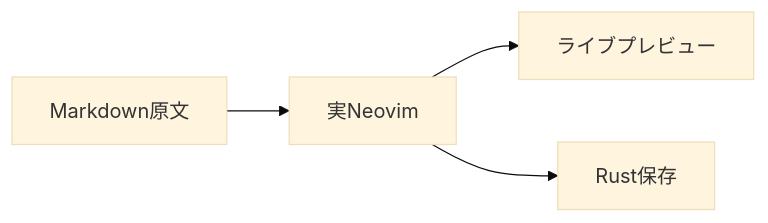
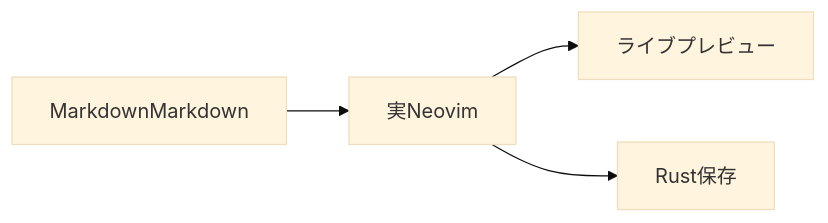
Before and after one commit to staka-devs/marxen: the diagram in tests/fixtures/github-markdown.md, drawn with Mermaid (base theme). The commit also changed other lines of this file and 73 other files, not shown here.

````diff
--- a/tests/fixtures/github-markdown.md
+++ b/tests/fixtures/github-markdown.md
@@ -58,6 +58,6 @@
 ```mermaid
 flowchart LR
-    Source[Markdown原文] --> Editor[実Neovim]
+    Source[MarkdownMarkdown] --> Editor[実Neovim]
     Editor --> View[ライブプレビュー]
     Editor --> Save[Rust保存]
 ```
````
